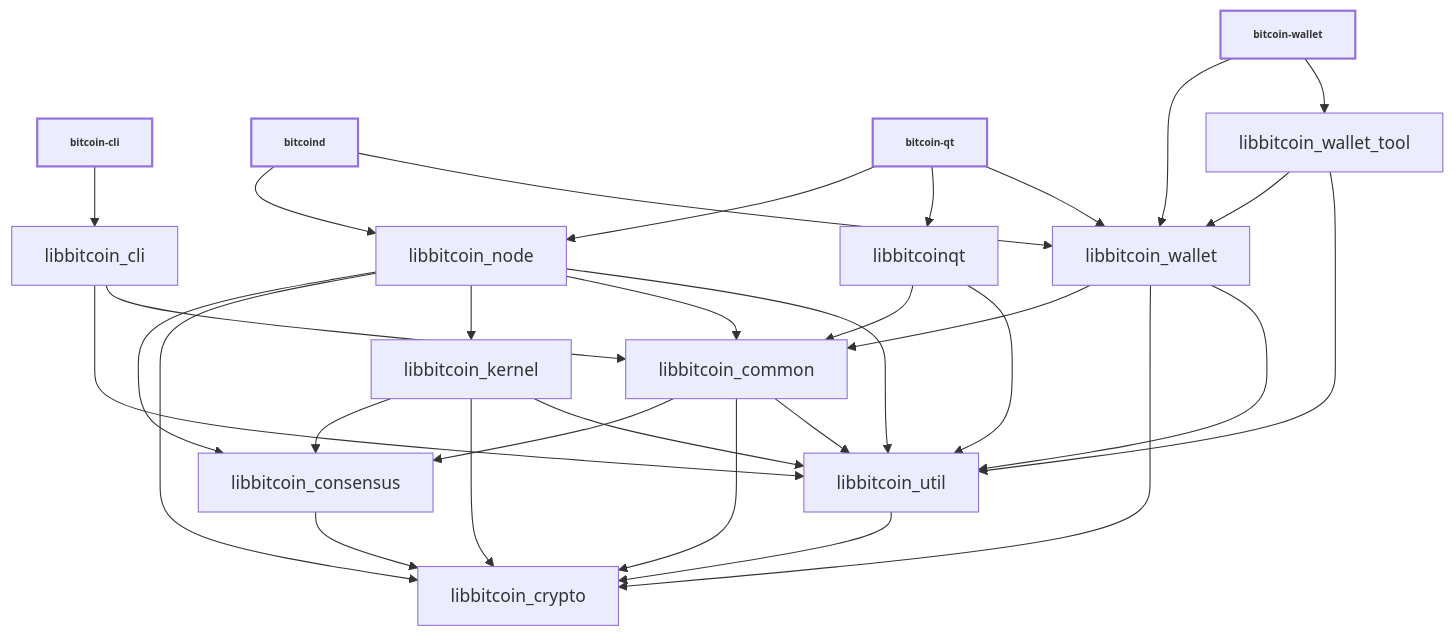
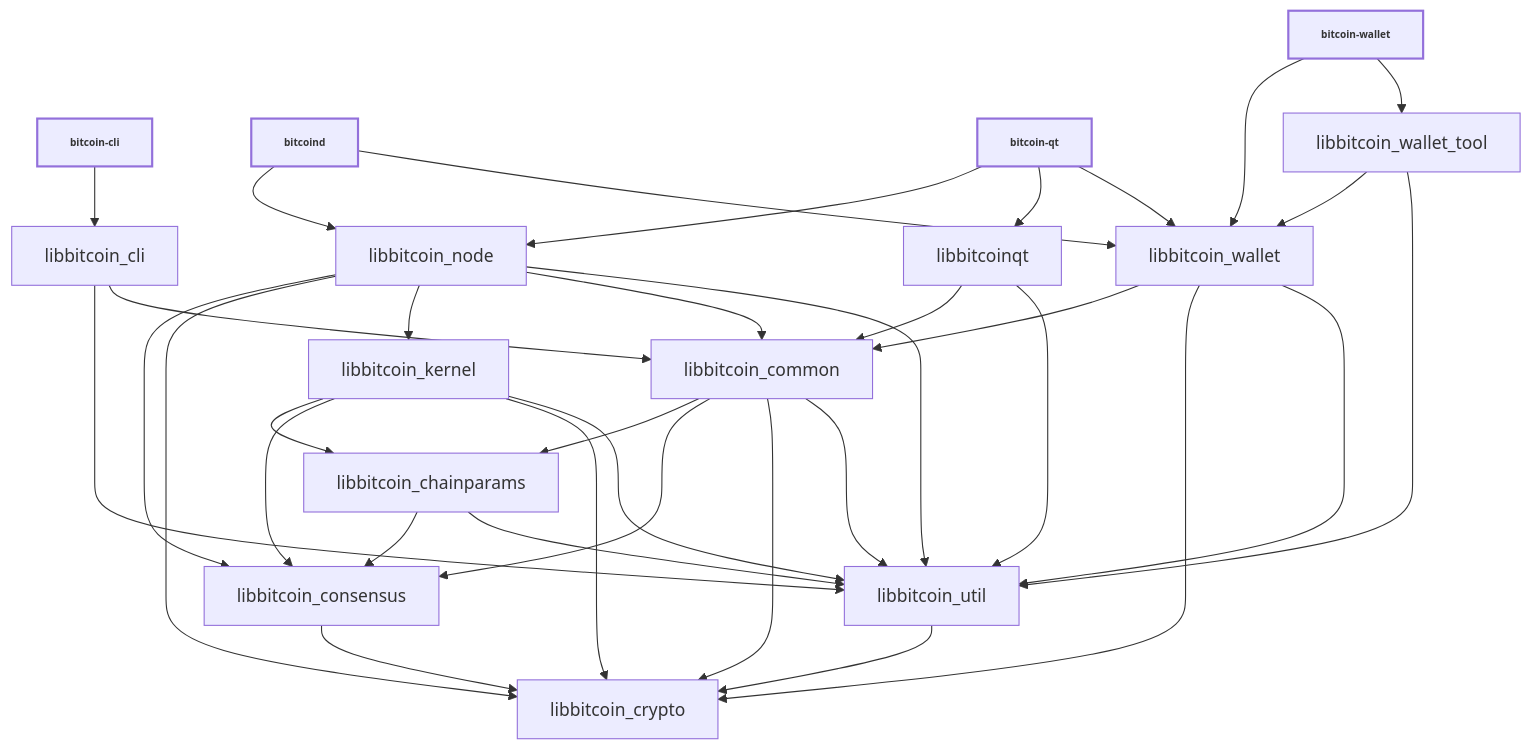
Before and after one commit to nervana21/bitcoin: the diagram in doc/design/libraries.md, drawn with Mermaid. The commit also changed other lines of this file and 4 other files, not shown here.

First line of the commit message:
build: extract libbitcoin_chainparams from kernel

````diff
--- a/doc/design/libraries.md
+++ b/doc/design/libraries.md
@@ -36,52 +37,57 @@
 ```mermaid
 
 %%{ init : { "flowchart" : { "curve" : "basis" }}}%%
 
 graph TD;
 
 bitcoin-cli[bitcoin-cli]-->libbitcoin_cli;
 
 bitcoind[bitcoind]-->libbitcoin_node;
 bitcoind[bitcoind]-->libbitcoin_wallet;
 
 bitcoin-qt[bitcoin-qt]-->libbitcoin_node;
 bitcoin-qt[bitcoin-qt]-->libbitcoinqt;
 bitcoin-qt[bitcoin-qt]-->libbitcoin_wallet;
 
 bitcoin-wallet[bitcoin-wallet]-->libbitcoin_wallet;
 bitcoin-wallet[bitcoin-wallet]-->libbitcoin_wallet_tool;
 
 libbitcoin_cli-->libbitcoin_util;
 libbitcoin_cli-->libbitcoin_common;
 
 libbitcoin_consensus-->libbitcoin_crypto;
 
+libbitcoin_chainparams-->libbitcoin_consensus;
+libbitcoin_chainparams-->libbitcoin_util;
+
+libbitcoin_common-->libbitcoin_chainparams;
 libbitcoin_common-->libbitcoin_consensus;
 libbitcoin_common-->libbitcoin_crypto;
 libbitcoin_common-->libbitcoin_util;
 
+libbitcoin_kernel-->libbitcoin_chainparams;
 libbitcoin_kernel-->libbitcoin_consensus;
 libbitcoin_kernel-->libbitcoin_crypto;
 libbitcoin_kernel-->libbitcoin_util;
 
 libbitcoin_node-->libbitcoin_consensus;
 libbitcoin_node-->libbitcoin_crypto;
 libbitcoin_node-->libbitcoin_kernel;
 libbitcoin_node-->libbitcoin_common;
 libbitcoin_node-->libbitcoin_util;
 
 libbitcoinqt-->libbitcoin_common;
 libbitcoinqt-->libbitcoin_util;
 
 libbitcoin_util-->libbitcoin_crypto;
 
 libbitcoin_wallet-->libbitcoin_common;
 libbitcoin_wallet-->libbitcoin_crypto;
 libbitcoin_wallet-->libbitcoin_util;
 
 libbitcoin_wallet_tool-->libbitcoin_wallet;
 libbitcoin_wallet_tool-->libbitcoin_util;
 
 classDef bold stroke-width:2px, font-weight:bold, font-size: smaller;
 class bitcoin-qt,bitcoind,bitcoin-cli,bitcoin-wallet bold
 ```
````
